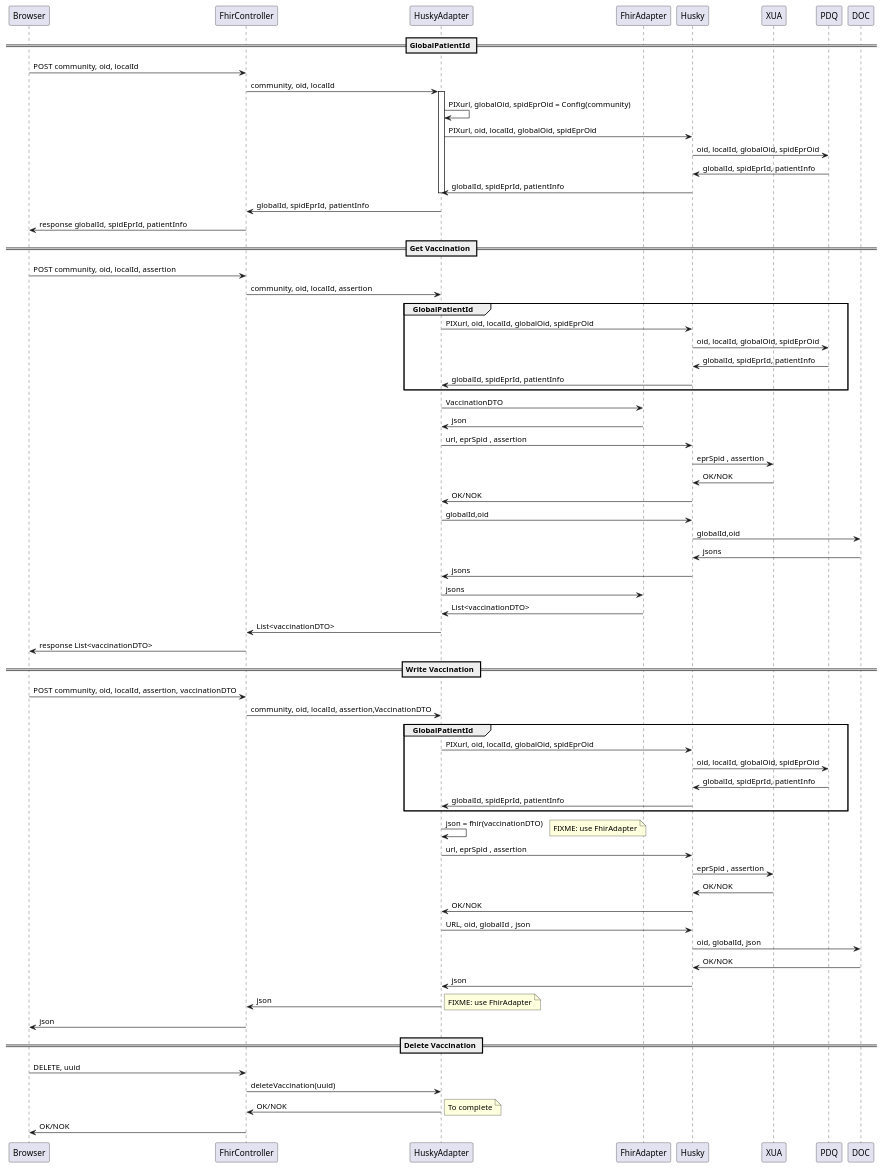
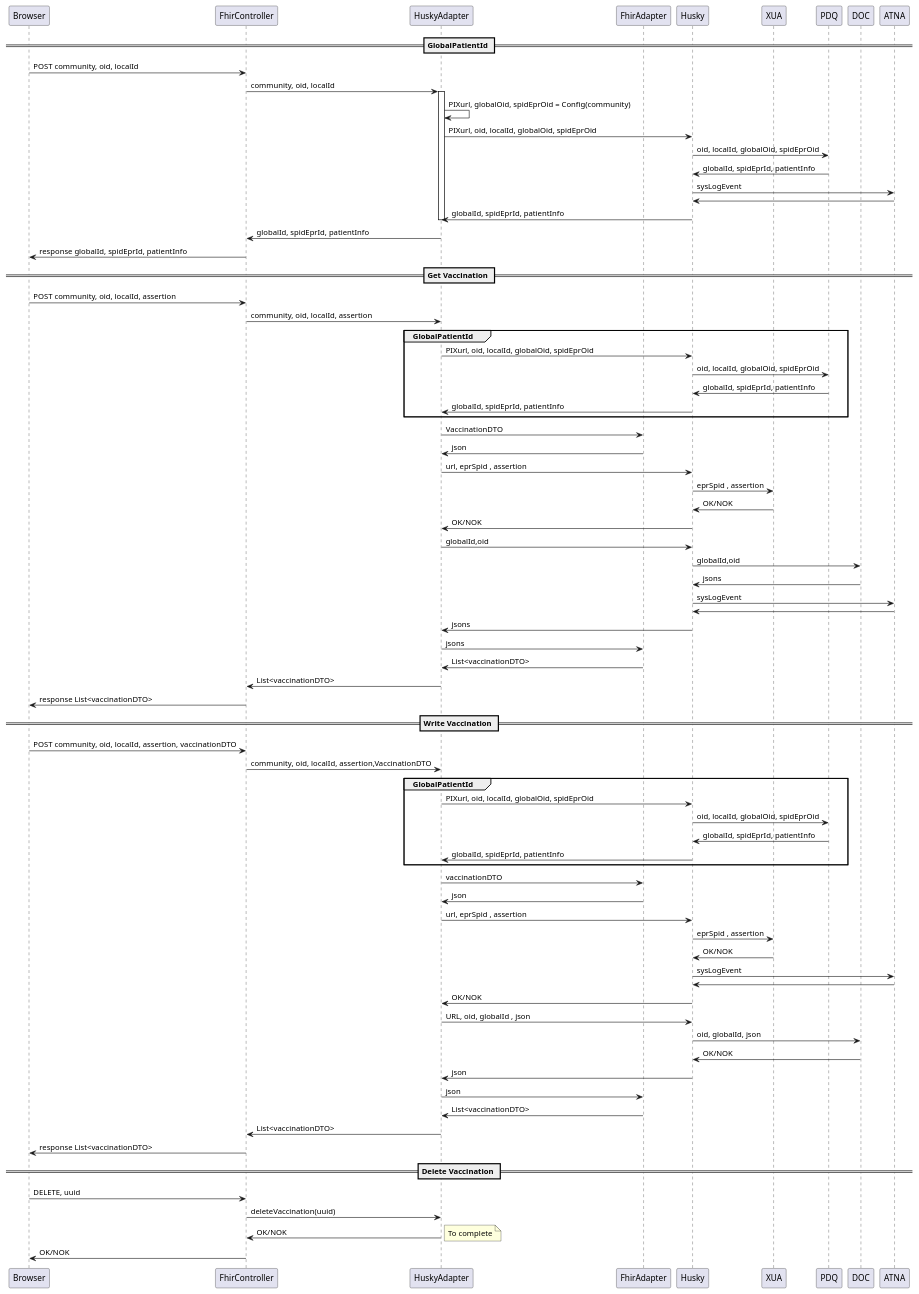
One commit to ehealthsuisse/Impfmodul-Phase-I changed the diagram in Implementation/vaccination-module-backend/docs/plantuml/sequences.plantuml. Above: the diagram before and after it, drawn with PlantUML. The commit also changed 577 other files, not shown here.

```diff
--- a/Implementation/vaccination-module-backend/docs/plantuml/sequences.plantuml
+++ b/Implementation/vaccination-module-backend/docs/plantuml/sequences.plantuml
@@ -1,88 +1,96 @@
 @startuml
 
 participant Browser
 participant FhirController
 participant HuskyAdapter
 participant FhirAdapter
 participant Husky
 participant XUA
 participant PDQ
 participant DOC
+participant ATNA
 
 == GlobalPatientId ==
 Browser         -> FhirController  : POST community, oid, localId
 FhirController  -> HuskyAdapter    : community, oid, localId
 activate HuskyAdapter    
 HuskyAdapter    -> HuskyAdapter    : PIXurl, globalOid, spidEprOid = Config(community)
 HuskyAdapter    -> Husky           : PIXurl, oid, localId, globalOid, spidEprOid
 Husky           -> PDQ             : oid, localId, globalOid, spidEprOid
 
 PDQ             -> Husky           : globalId, spidEprId, patientInfo
+Husky           -> ATNA            : sysLogEvent
+ATNA            -> Husky
 Husky           -> HuskyAdapter    : globalId, spidEprId, patientInfo
 deactivate HuskyAdapter    
 HuskyAdapter    -> FhirController  : globalId, spidEprId, patientInfo
 FhirController  -> Browser         : response globalId, spidEprId, patientInfo
 
 == Get Vaccination ==
 Browser         -> FhirController  : POST community, oid, localId, assertion
 FhirController  -> HuskyAdapter    : community, oid, localId, assertion
 group GlobalPatientId 
   HuskyAdapter    -> Husky         : PIXurl, oid, localId, globalOid, spidEprOid
   Husky           -> PDQ           : oid, localId, globalOid, spidEprOid
   PDQ             -> Husky         : globalId, spidEprId, patientInfo
   Husky           -> HuskyAdapter  : globalId, spidEprId, patientInfo
 end
 
 
 HuskyAdapter    -> FhirAdapter     : VaccinationDTO
 FhirAdapter     -> HuskyAdapter    : json
 
 HuskyAdapter    -> Husky           : url, eprSpid , assertion
 Husky           -> XUA             : eprSpid , assertion
 XUA             -> Husky           : OK/NOK
 Husky           -> HuskyAdapter    : OK/NOK
 HuskyAdapter    -> Husky           : globalId,oid
 Husky           -> DOC             : globalId,oid
 
 DOC             -> Husky           : jsons
+Husky           -> ATNA            : sysLogEvent
+ATNA            -> Husky
 Husky           -> HuskyAdapter    : jsons
 HuskyAdapter    -> FhirAdapter     : jsons
 FhirAdapter     -> HuskyAdapter    : List<vaccinationDTO>
 HuskyAdapter    -> FhirController  : List<vaccinationDTO>
 FhirController  -> Browser         : response List<vaccinationDTO>
 
 
 == Write Vaccination ==
 Browser         -> FhirController  : POST community, oid, localId, assertion, vaccinationDTO
 FhirController  -> HuskyAdapter    : community, oid, localId, assertion,VaccinationDTO
 group GlobalPatientId 
   HuskyAdapter    -> Husky         : PIXurl, oid, localId, globalOid, spidEprOid
   Husky           -> PDQ           : oid, localId, globalOid, spidEprOid
   PDQ             -> Husky         : globalId, spidEprId, patientInfo
   Husky           -> HuskyAdapter  : globalId, spidEprId, patientInfo
 end
 
-HuskyAdapter    -> HuskyAdapter    : json = fhir(vaccinationDTO) 
-note right                         : FIXME: use FhirAdapter
+HuskyAdapter    -> FhirAdapter     : vaccinationDTO 
+FhirAdapter     -> HuskyAdapter    : json
 HuskyAdapter    -> Husky           : url, eprSpid , assertion
 Husky           -> XUA             : eprSpid , assertion
 XUA             -> Husky           : OK/NOK
+Husky           -> ATNA            : sysLogEvent
+ATNA            -> Husky
 Husky           -> HuskyAdapter    : OK/NOK
 HuskyAdapter    -> Husky           : URL, oid, globalId , json
 Husky           -> DOC             : oid, globalId, json
 
 DOC             -> Husky           : OK/NOK
 Husky           -> HuskyAdapter    : json
-HuskyAdapter    -> FhirController  : json
-note right                         : FIXME: use FhirAdapter
-FhirController  -> Browser         : json
+HuskyAdapter    -> FhirAdapter     : json
+FhirAdapter     -> HuskyAdapter    : List<vaccinationDTO>
+HuskyAdapter    -> FhirController  : List<vaccinationDTO>
+FhirController  -> Browser         : response List<vaccinationDTO>
 
 == Delete Vaccination ==
 Browser         -> FhirController  : DELETE, uuid
 FhirController  -> HuskyAdapter    : deleteVaccination(uuid)
 
 HuskyAdapter    -> FhirController  : OK/NOK
 note right                         : To complete
 FhirController  -> Browser         : OK/NOK
 
 @enduml
```
